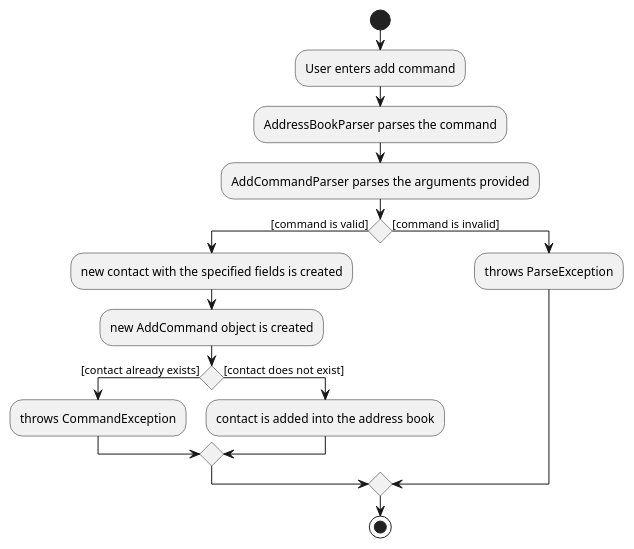
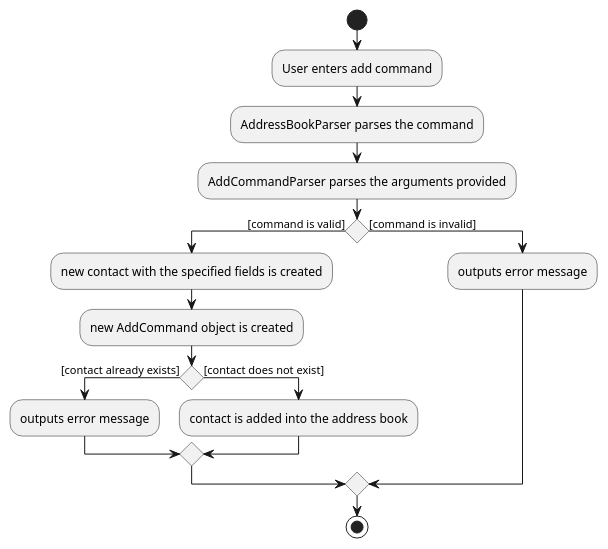
Before and after one commit to pranav-ganesh/tp: the diagram in docs/diagrams/AddActivityDiagram.puml, drawn with PlantUML. The commit also changed 2 other files, not shown here.

Commit message:
Change "parseException" to "output error message" in activity diagram

```diff
--- a/docs/diagrams/AddActivityDiagram.puml
+++ b/docs/diagrams/AddActivityDiagram.puml
@@ -1,23 +1,22 @@
 @startuml
 'https://plantuml.com/activity-diagram-beta
 
 start
 :User enters add command;
 :AddressBookParser parses the command;
 :AddCommandParser parses the arguments provided;
 if () then ([command is valid])
   :new contact with the specified fields is created;
   :new AddCommand object is created;
   if() then ([contact already exists])
-  :throws CommandException;
+  :outputs error message;
   else ([contact does not exist])
   :contact is added into the address book;
   endif
 else ([command is invalid])
-  :throws ParseException;
+  :outputs error message;
 endif
-
 
 stop
 
 @enduml
```
